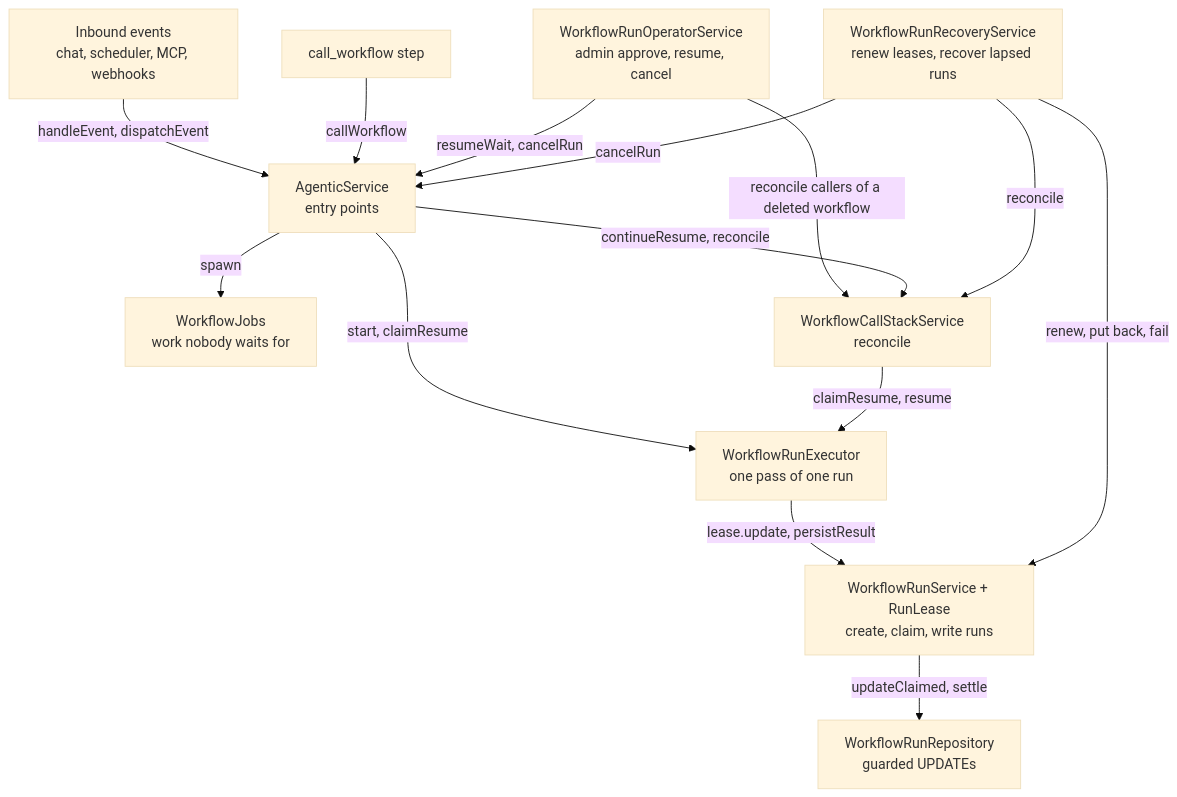
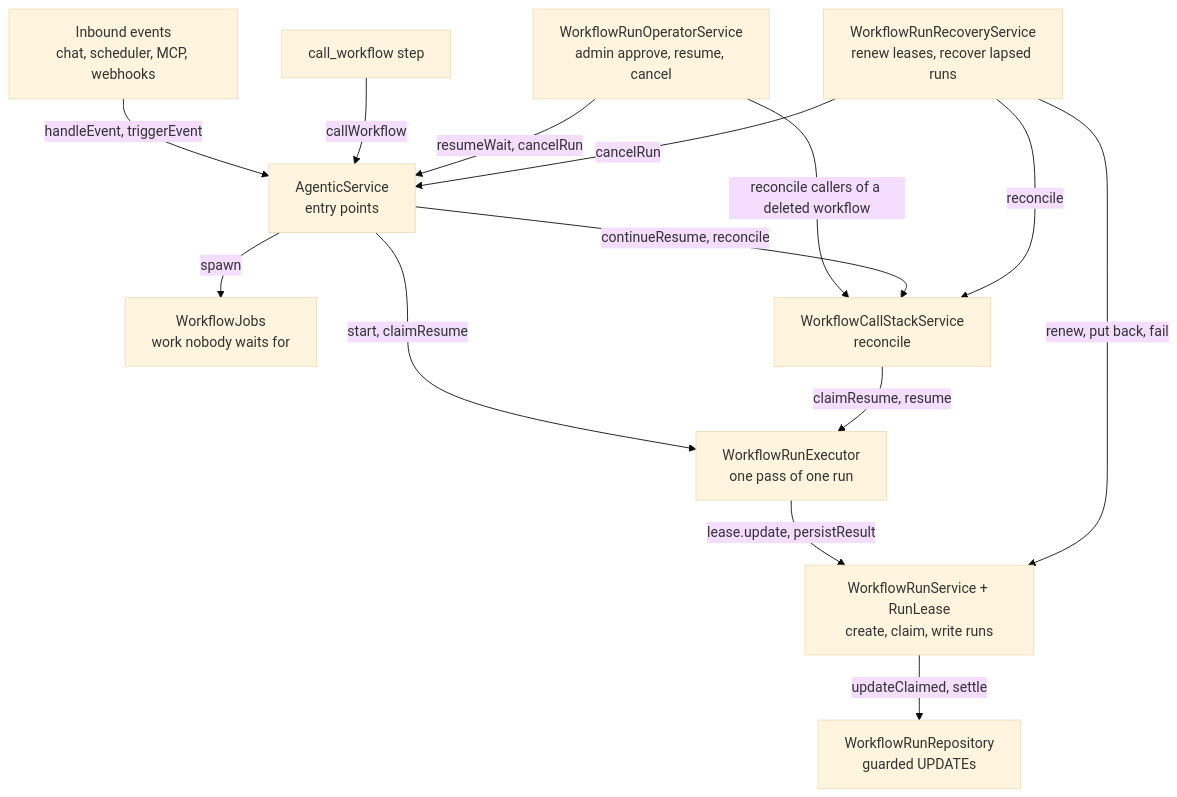
Before and after one commit to hexabot-ai/Hexabot: the first of 6 diagrams in packages/api/src/workflow/README.md, drawn with Mermaid (base theme). The commit also changed other lines of this file and 14 other files, not shown here.

````diff
--- a/packages/api/src/workflow/README.md
+++ b/packages/api/src/workflow/README.md
@@ -58,27 +58,27 @@
 ```mermaid
 flowchart TD
   events["Inbound events<br/>chat, scheduler, MCP, webhooks"]
   step["call_workflow step"]
   operator["WorkflowRunOperatorService<br/>admin approve, resume, cancel"]
   agentic["AgenticService<br/>entry points"]
   jobs["WorkflowJobs<br/>work nobody waits for"]
   callstack["WorkflowCallStackService<br/>reconcile"]
   executor["WorkflowRunExecutor<br/>one pass of one run"]
   runs["WorkflowRunService + RunLease<br/>create, claim, write runs"]
   repo["WorkflowRunRepository<br/>guarded UPDATEs"]
   recovery["WorkflowRunRecoveryService<br/>renew leases, recover lapsed runs"]
 
-  events -->|handleEvent, dispatchEvent| agentic
+  events -->|handleEvent, triggerEvent| agentic
   step -->|callWorkflow| agentic
   operator -->|resumeWait, cancelRun| agentic
   operator -->|reconcile callers of a deleted workflow| callstack
   agentic -->|spawn| jobs
   agentic -->|continueResume, reconcile| callstack
   agentic -->|start, claimResume| executor
   callstack -->|claimResume, resume| executor
   executor -->|lease.update, persistResult| runs
   runs -->|updateClaimed, settle| repo
   recovery -->|renew, put back, fail| runs
   recovery -->|reconcile| callstack
   recovery -->|cancelRun| agentic
 ```
````
